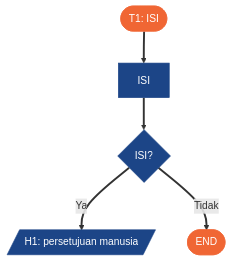
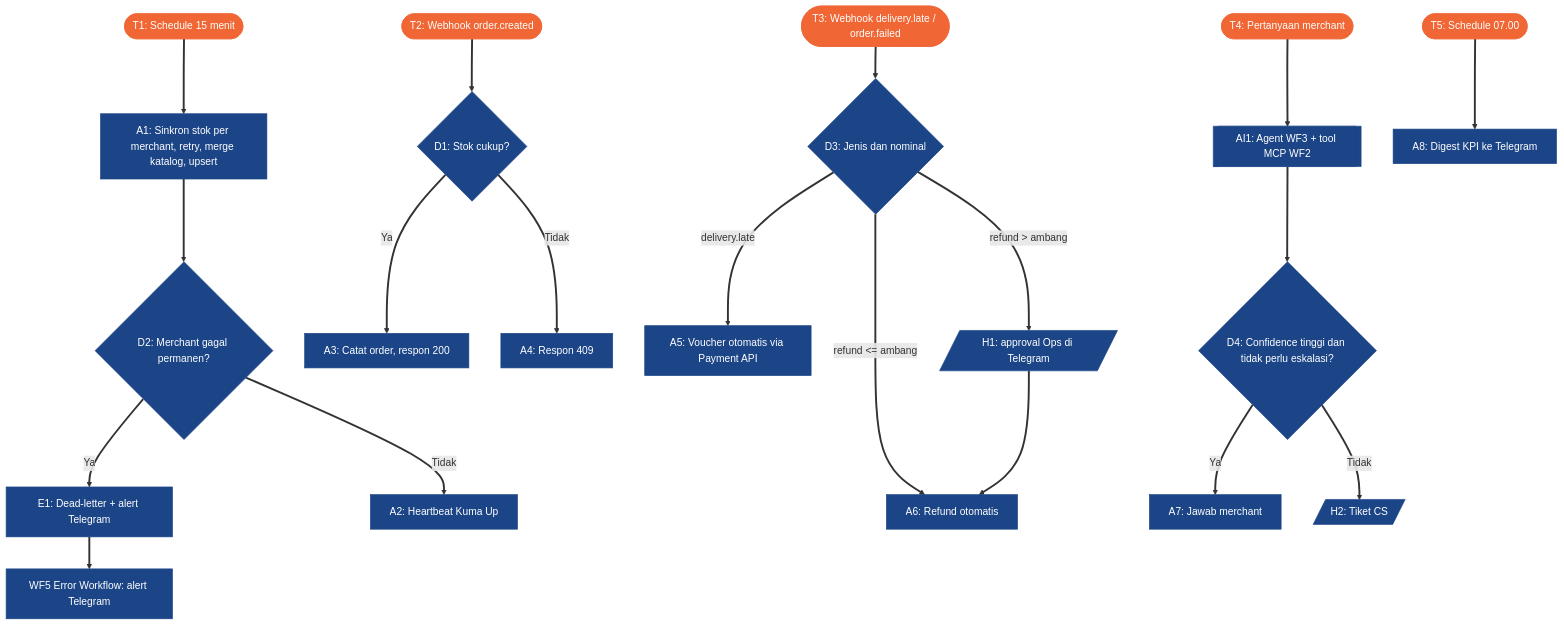
The second of 2 diagrams in docs/01-brd-process-map.md (muhgifariakbar/milestone_phase_3), drawn with Mermaid before and after one commit. The commit also changed other lines of this file and 14 other files, not shown here.

First line of the commit message:
Fill docs 01-05, add WF1 per-merchant loop and retry, set error workflow, add deploy evidence

````diff
--- a/docs/01-brd-process-map.md
+++ b/docs/01-brd-process-map.md
@@ -57,21 +55,35 @@
 ```mermaid
 ---
 config:
   look: classic
   flowchart:
     subGraphTitleMargin:
       top: 12
       bottom: 12
 ---
 flowchart TD
-    T1([T1: ISI]) --> P1[ISI]
-    P1 --> D1{ISI?}
-    D1 -- Ya --> H1[/H1: persetujuan manusia/]
-    D1 -- Tidak --> END([END])
+    T1([T1: Schedule 15 menit]) --> A1[A1: Sinkron stok per merchant, retry, merge katalog, upsert]
+    A1 --> D2{D2: Merchant gagal permanen?}
+    D2 -- Ya --> E1[E1: Dead-letter + alert Telegram]
+    D2 -- Tidak --> A2[A2: Heartbeat Kuma Up]
+    T2([T2: Webhook order.created]) --> D1{D1: Stok cukup?}
+    D1 -- Ya --> A3[A3: Catat order, respon 200]
+    D1 -- Tidak --> A4[A4: Respon 409]
+    T3([T3: Webhook delivery.late / order.failed]) --> D3{D3: Jenis dan nominal}
+    D3 -- delivery.late --> A5[A5: Voucher otomatis via Payment API]
+    D3 -- refund <= ambang --> A6[A6: Refund otomatis]
+    D3 -- refund > ambang --> H1[/H1: approval Ops di Telegram/]
+    H1 --> A6
+    T4([T4: Pertanyaan merchant]) --> AI1[[AI1: Agent WF3 + tool MCP WF2]]
+    AI1 --> D4{D4: Confidence tinggi dan tidak perlu eskalasi?}
+    D4 -- Ya --> A7[A7: Jawab merchant]
+    D4 -- Tidak --> H2[/H2: Tiket CS/]
+    T5([T5: Schedule 07.00]) --> A8[A8: Digest KPI ke Telegram]
+    E1 --> WF5[WF5 Error Workflow: alert Telegram]
     linkStyle default stroke-width:3px
     classDef navy fill:#1C4587,stroke:#1C4587,color:#FFFFFF
     classDef orange fill:#F06634,stroke:#F06634,color:#FFFFFF
     classDef opt fill:none,stroke:#F06634,stroke-width:3px,stroke-dasharray:6 4
-    class T1,END orange
-    class P1,D1,H1 navy
+    class T1,T2,T3,T4,T5 orange
+    class A1,A2,A3,A4,A5,A6,A7,A8,D1,D2,D3,D4,E1,H1,H2,AI1,WF5 navy
 ```
````
